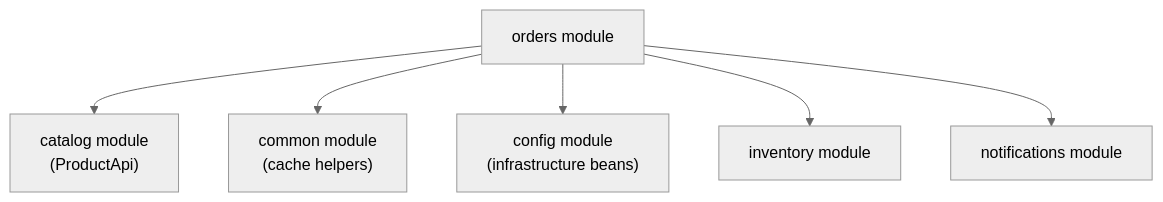
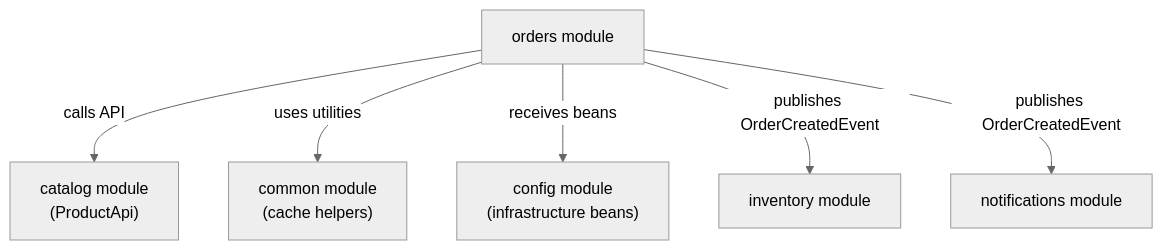
The second of 6 diagrams in docs/deepwiki/Orders-Module.md (philipz/spring-modular-monolith), drawn with Mermaid (neutral theme) before and after one commit. The commit also changed other lines of this file and 55 other files, not shown here.

````diff
--- a/docs/deepwiki/Orders-Module.md
+++ b/docs/deepwiki/Orders-Module.md
@@ -102,16 +102,16 @@
 ```mermaid
 flowchart TD
 
 Orders["orders module"]
 Catalog["catalog module<br>(ProductApi)"]
 Common["common module<br>(cache helpers)"]
 Config["config module<br>(infrastructure beans)"]
 Inventory["inventory module"]
 Notifications["notifications module"]
 
-Orders --> Catalog
-Orders --> Common
-Orders --> Config
-Orders --> Inventory
-Orders --> Notifications
+Orders -->|"calls API"| Catalog
+Orders -->|"uses utilities"| Common
+Orders -->|"receives beans"| Config
+Orders -->|"publishes OrderCreatedEvent"| Inventory
+Orders -->|"publishes OrderCreatedEvent"| Notifications
 ```
````
